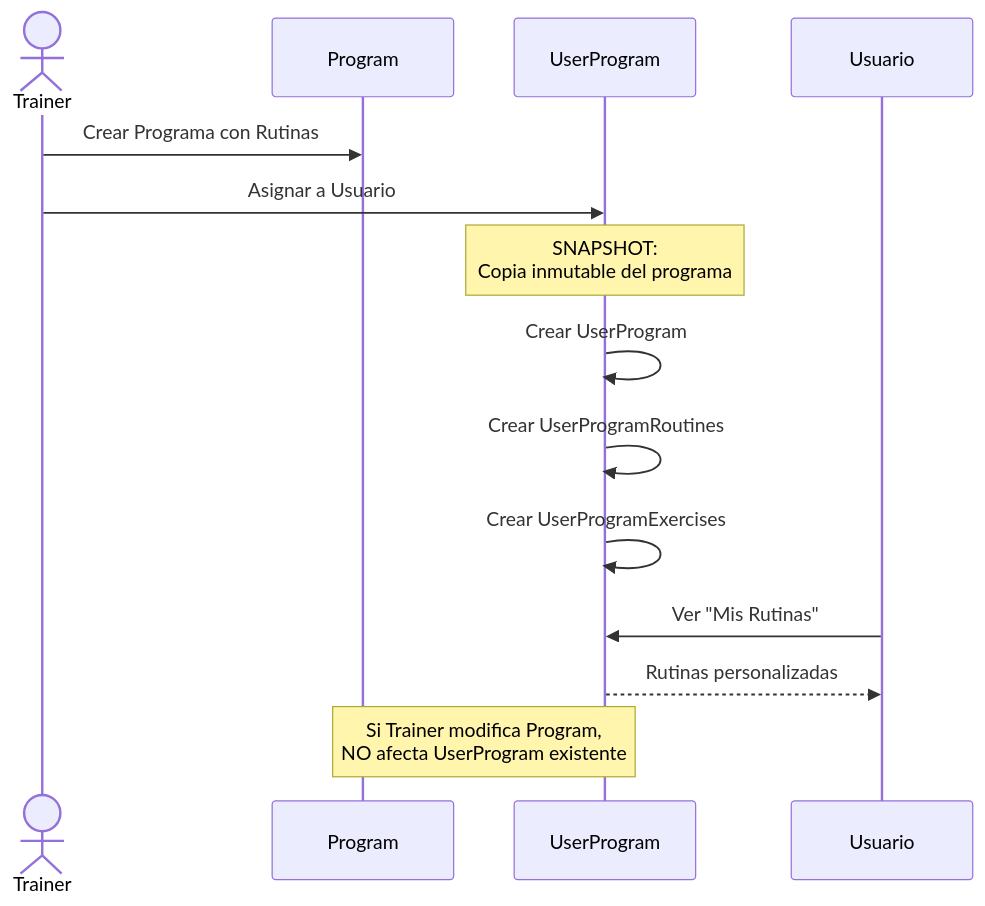
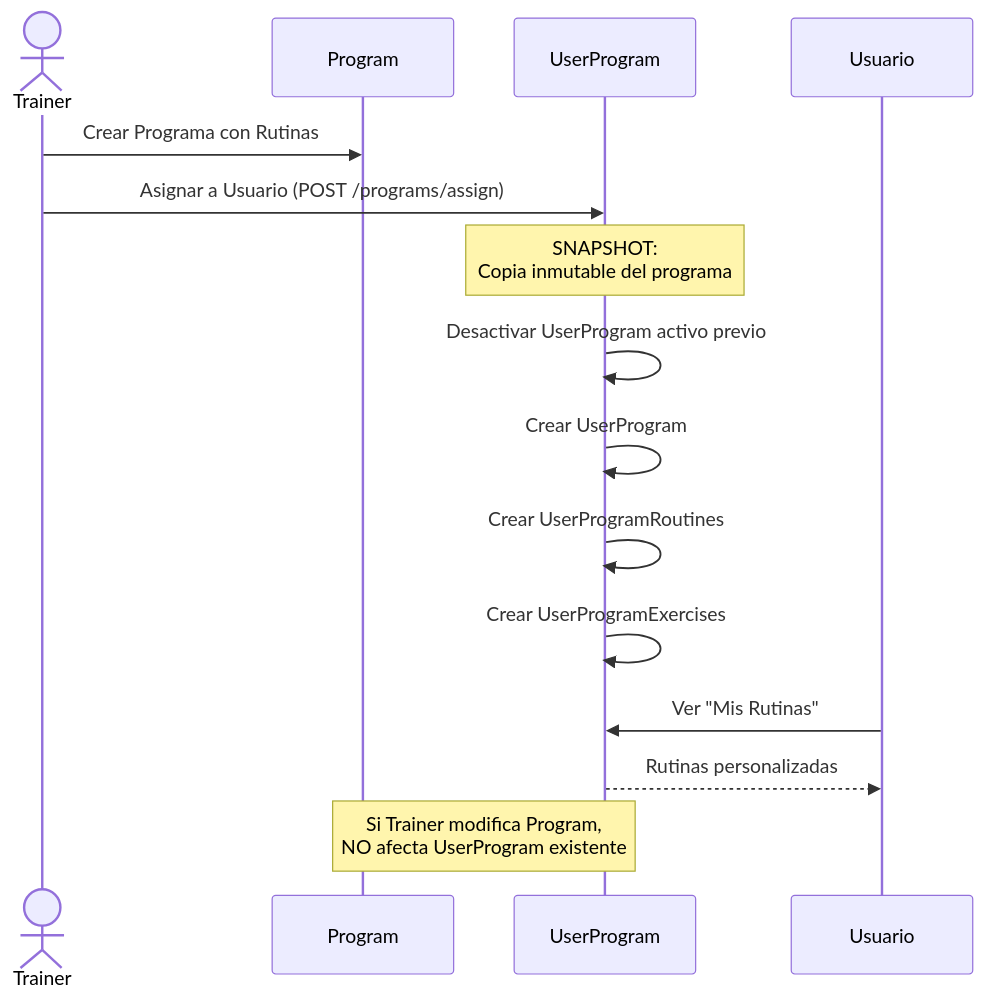
One commit to fedebracesco1990/fitflow changed the seventh of 9 diagrams in docs/USER_FLOWS.md. Above: the diagram before and after it, drawn with Mermaid. The commit also changed other lines of this file and 6 other files, not shown here.

First line of the commit message:
docs: document audit-logs and scheduler, fix data model and user flows

````diff
--- a/docs/USER_FLOWS.md
+++ b/docs/USER_FLOWS.md
@@ -263,21 +288,22 @@
 ```mermaid
 sequenceDiagram
     actor T as Trainer
     participant P as Program
     participant UP as UserProgram
     participant U as Usuario
 
     T->>P: Crear Programa con Rutinas
-    T->>UP: Asignar a Usuario
+    T->>UP: Asignar a Usuario (POST /programs/assign)
 
     Note over UP: SNAPSHOT:<br/>Copia inmutable del programa
 
+    UP->>UP: Desactivar UserProgram activo previo
     UP->>UP: Crear UserProgram
     UP->>UP: Crear UserProgramRoutines
     UP->>UP: Crear UserProgramExercises
 
     U->>UP: Ver "Mis Rutinas"
     UP-->>U: Rutinas personalizadas
 
     Note over P,UP: Si Trainer modifica Program,<br/>NO afecta UserProgram existente
 ```
````
